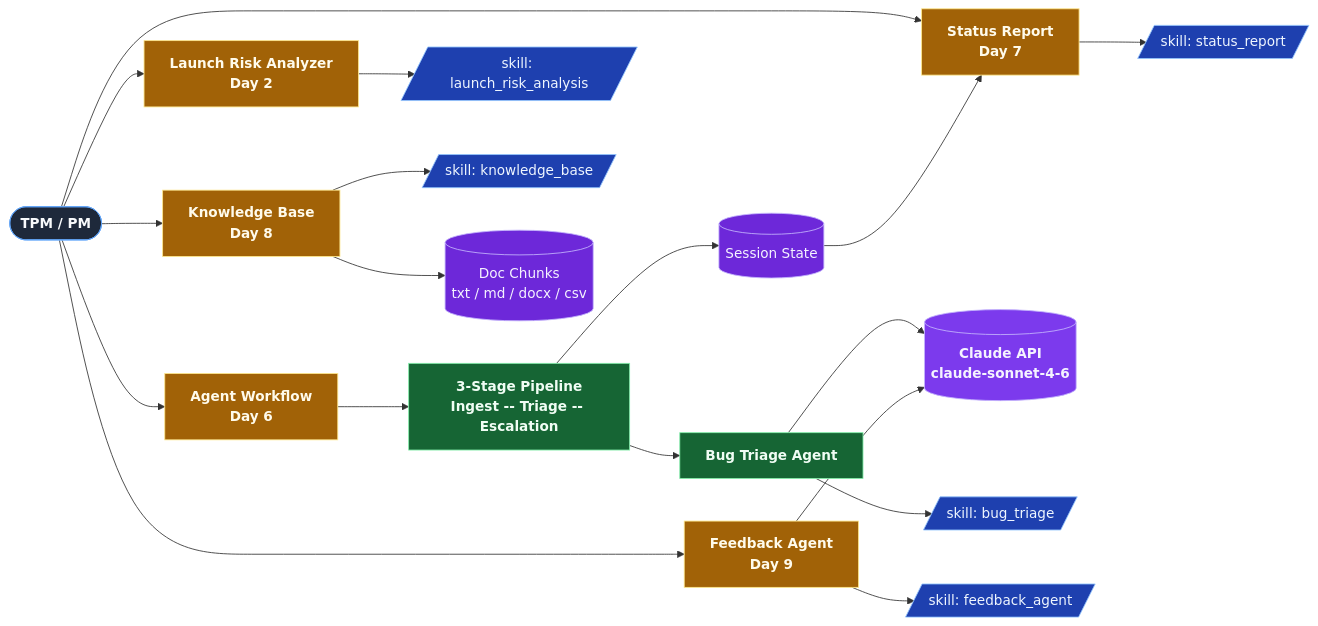
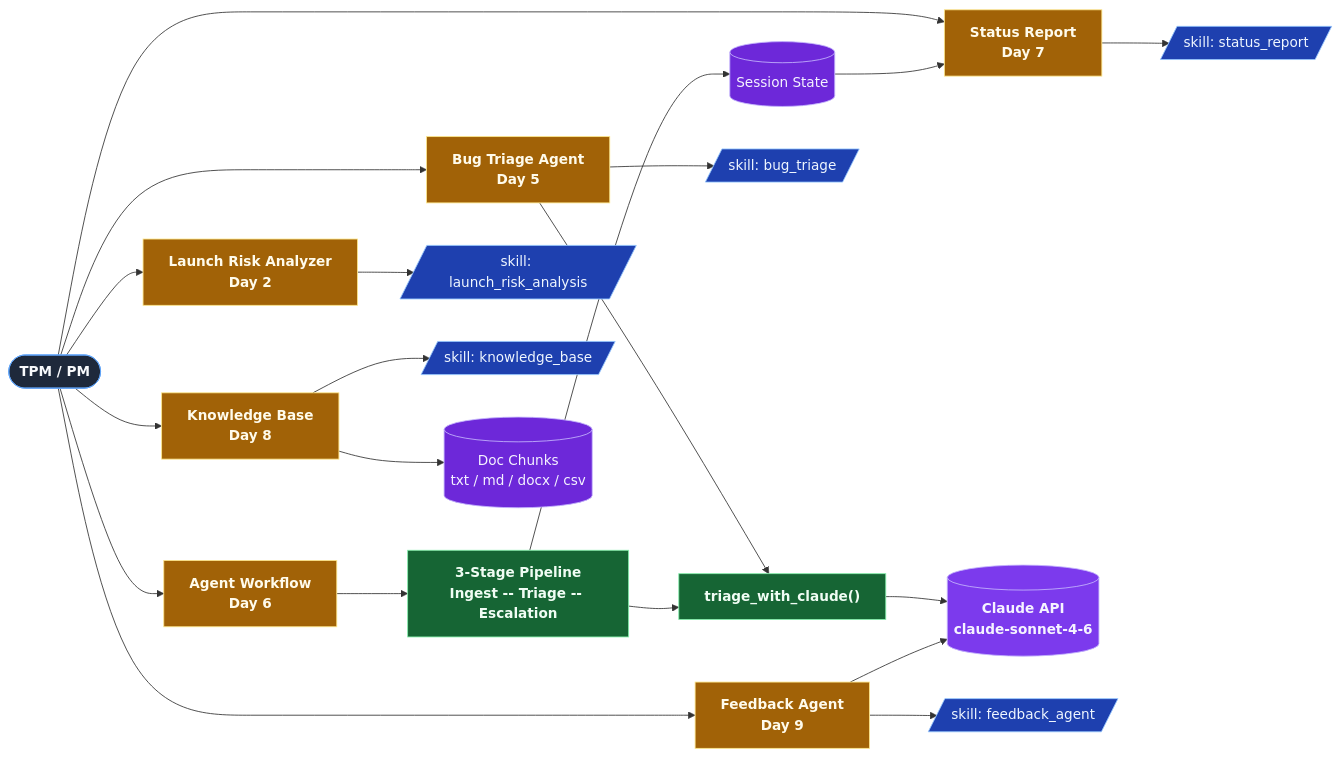
The second of 2 diagrams in README.md (shwsingh/pm-tpm-ai-tools), drawn with Mermaid before and after one commit.

Commit message:
Update architecture diagram: show Day 5 as direct Claude triage entry point
- Add Day 5 Bug Triage Agent as a UI node with User → D5 → triage_with_claude() path
- Rename BTA node to triage_with_claude() to reflect Day 9 LLM swap
- Both Day 5 standalone and Day 6 pipeline now visibly route through Claude API

````diff
--- a/README.md
+++ b/README.md
@@ -101,49 +101,52 @@
 ```mermaid
 flowchart LR
     User(["TPM / PM"]):::user
 
     LRA["Launch Risk Analyzer<br/>Day 2"]:::ui
+    D5["Bug Triage Agent<br/>Day 5"]:::ui
     WF["Agent Workflow<br/>Day 6"]:::ui
     SR["Status Report<br/>Day 7"]:::ui
     KB["Knowledge Base<br/>Day 8"]:::ui
     FA["Feedback Agent<br/>Day 9"]:::ui
 
     PIPE["3-Stage Pipeline<br/>Ingest -- Triage -- Escalation"]:::agent
-    BTA["Bug Triage Agent"]:::agent
+    BTA["triage_with_claude()"]:::agent
     CLAUDE[("Claude API<br/>claude-sonnet-4-6")]:::llm
 
     S_LR[/"skill: launch_risk_analysis"/]:::skill
     S_BUG[/"skill: bug_triage"/]:::skill
     S_SR[/"skill: status_report"/]:::skill
     S_KB[/"skill: knowledge_base"/]:::skill
     S_FA[/"skill: feedback_agent"/]:::skill
 
     SS[("Session State")]:::store
     CHUNKS[("Doc Chunks<br/>txt / md / docx / csv")]:::store
 
     User --> LRA
+    User --> D5
     User --> WF
     User --> SR
     User --> KB
     User --> FA
 
     LRA --> S_LR
+    D5 --> BTA
+    D5 --> S_BUG
     WF --> PIPE
     PIPE --> BTA
-    BTA --> S_BUG
     BTA --> CLAUDE
     PIPE --> SS
     SS --> SR
     SR --> S_SR
     KB --> CHUNKS
     KB --> S_KB
     FA --> S_FA
     FA --> CLAUDE
 
     classDef user fill:#1e293b,stroke:#60a5fa,color:#f8fafc,font-weight:bold
     classDef ui fill:#a16207,stroke:#fde68a,color:#fffbeb,font-weight:bold
     classDef agent fill:#166534,stroke:#86efac,color:#f0fdf4,font-weight:bold
     classDef skill fill:#1e40af,stroke:#93c5fd,color:#eff6ff
     classDef store fill:#6d28d9,stroke:#c4b5fd,color:#f5f3ff
     classDef llm fill:#7c3aed,stroke:#c4b5fd,color:#f5f3ff,font-weight:bold
 ```
````
